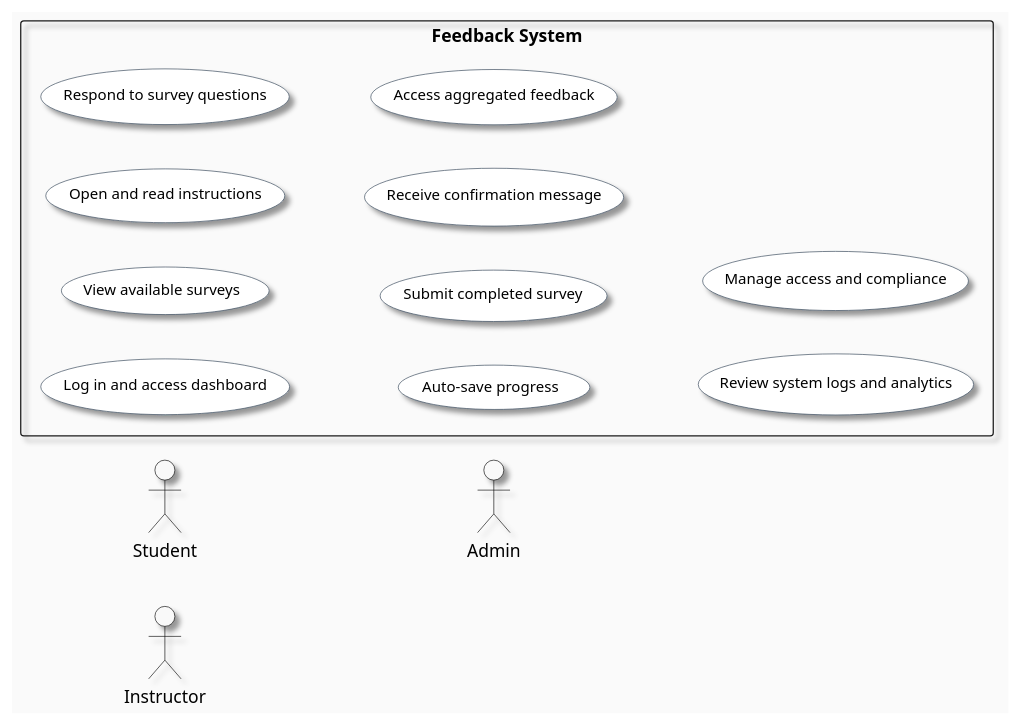
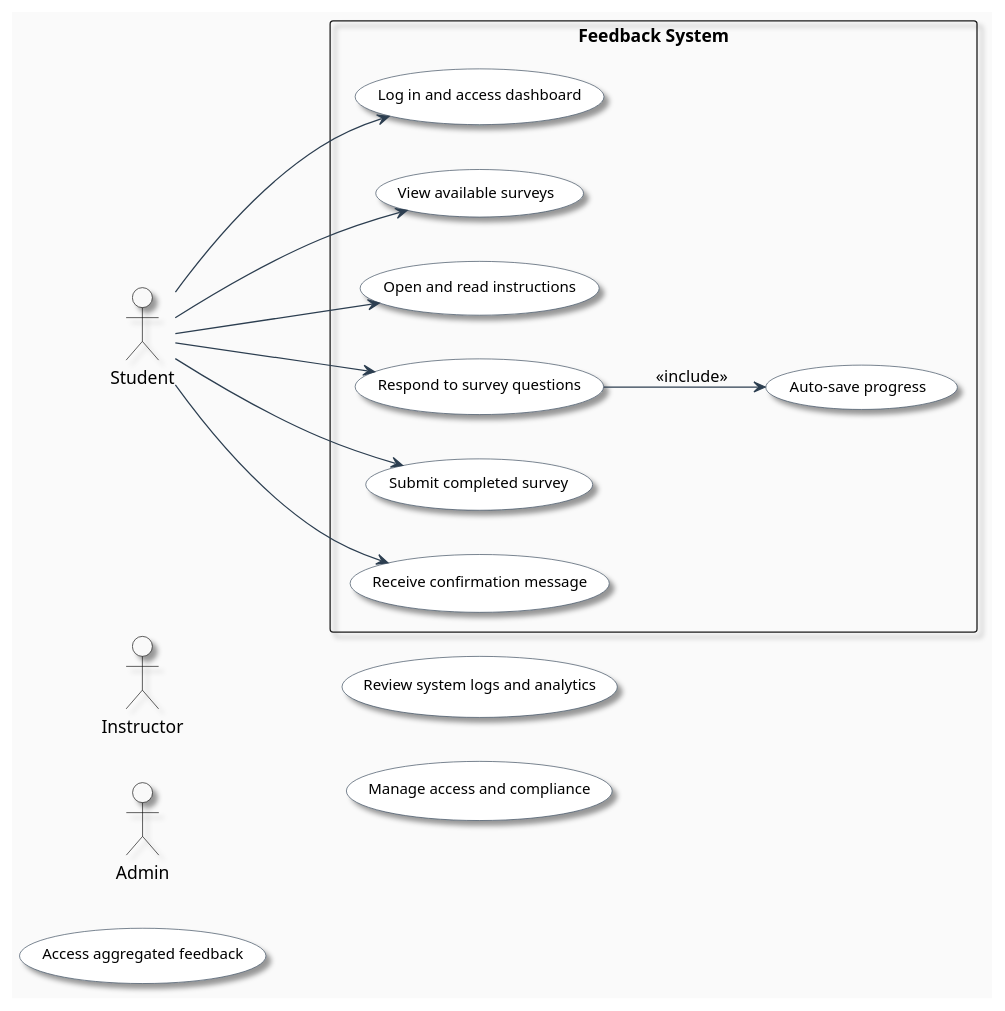
One commit to bahati7/MKB-cohort-2-Demo changed the diagram in doc/usecases/plantUML/tempUC-ProvideFeedback.puml. Above: the diagram before and after it, drawn with PlantUML.

Commit message:
Add Student actor relations and include relationship puml Copy code

```diff
--- a/doc/usecases/plantUML/tempUC-ProvideFeedback.puml
+++ b/doc/usecases/plantUML/tempUC-ProvideFeedback.puml
@@ -1,40 +1,52 @@
 @startuml provide_feedback_usecase
 
 left to right direction
 skinparam backgroundColor #FAFAFA
 skinparam shadowing true
 
 skinparam actor {
     BackgroundColor #f9f9f9
     BorderColor Black
     FontColor Black
     Shadowing true
 }
 
 skinparam usecase {
     BackgroundColor White
     BorderColor #2C3E50
     ArrowColor #2C3E50
     FontColor Black
     FontSize 12
     Shadowing true
     RoundCorner 20
 }
 
 actor Student
 actor Instructor
 actor Admin
 
+actor Student
+
 rectangle "Feedback System" {
     usecase UC_LoginDashboard as "Log in and access dashboard"
     usecase UC_ViewSurveys as "View available surveys"
     usecase UC_ReadInstructions as "Open and read instructions"
     usecase UC_Respond as "Respond to survey questions"
     usecase UC_AutoSave as "Auto-save progress"
     usecase UC_Submit as "Submit completed survey"
     usecase UC_Confirm as "Receive confirmation message"
+}
+' Student Flow
+Student --> UC_LoginDashboard
+Student --> UC_ViewSurveys
+Student --> UC_ReadInstructions
+Student --> UC_Respond
+UC_Respond --> UC_AutoSave : <<include>>
+Student --> UC_Submit
+Student --> UC_Confirm
+
     usecase UC_Review as "Access aggregated feedback"
     usecase UC_Logs as "Review system logs and analytics"
     usecase UC_Privacy as "Manage access and compliance"
-}
+
 @enduml
```
